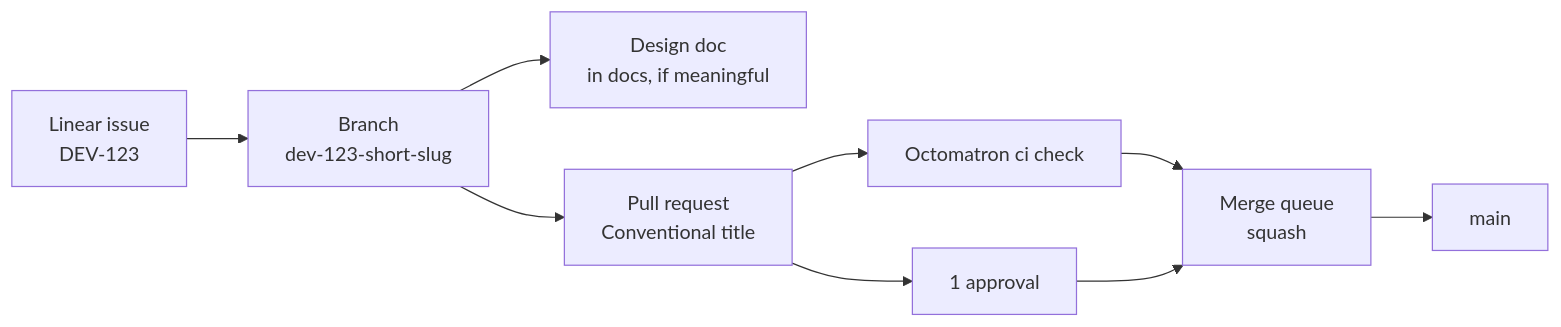
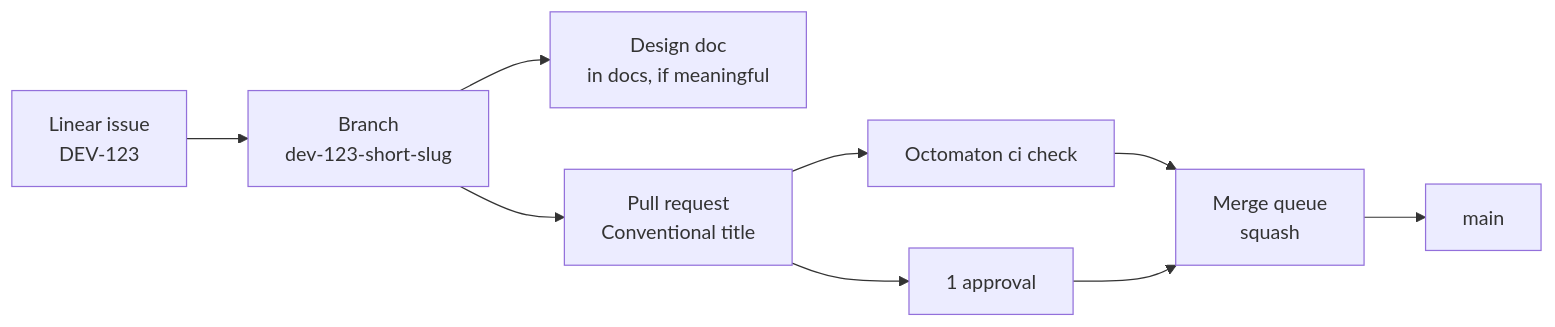
The diagram in CONTRIBUTING.md (arikkfir-org/docs), drawn with Mermaid before and after one commit. The commit also changed other lines of this file and 15 other files, not shown here.

First line of the commit message:
docs(hub): rename Octomatron to Octomaton under octomaton.dev

````diff
--- a/CONTRIBUTING.md
+++ b/CONTRIBUTING.md
@@ -8,11 +8,11 @@
 ```mermaid
 flowchart LR
   L[Linear issue<br/>DEV-123] --> B[Branch<br/>dev-123-short-slug]
   B --> D[Design doc<br/>in docs, if meaningful]
   B --> P[Pull request<br/>Conventional title]
-  P --> C[Octomatron ci check]
+  P --> C[Octomaton ci check]
   P --> R[1 approval]
   C --> Q[Merge queue<br/>squash]
   R --> Q
   Q --> M[main]
 ```
````
